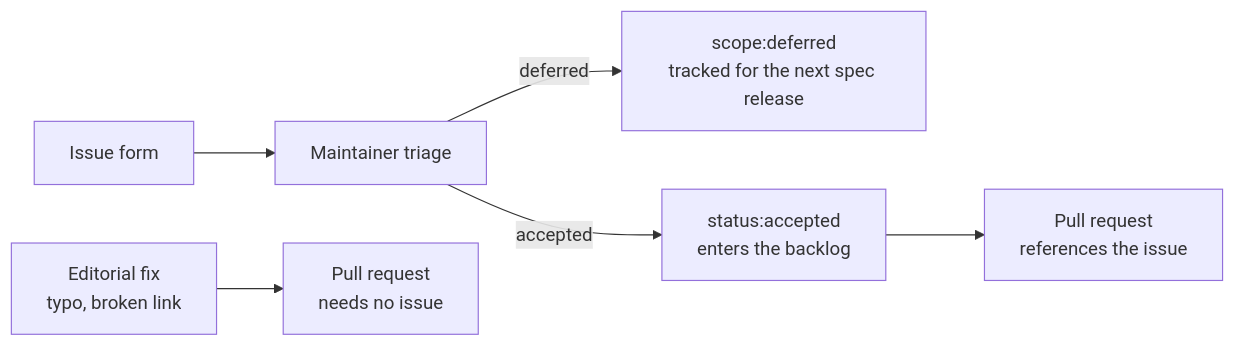
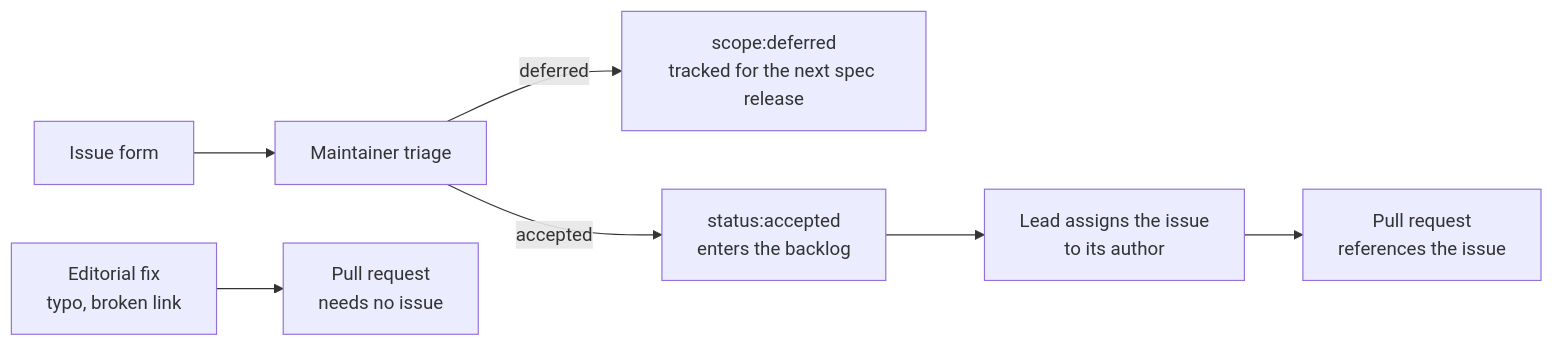
The fourth of 4 diagrams in README.md (GenAI-Security-Project/agent-control-standard), drawn with Mermaid before and after one commit. The commit also changed 3 other files, not shown here.

````diff
--- a/README.md
+++ b/README.md
@@ -351,8 +351,9 @@
 ```mermaid
 flowchart LR
     F["Issue form"] --> T["Maintainer triage"]
     T -->|"deferred"| D["scope:deferred<br/>tracked for the next spec release"]
     T -->|"accepted"| A["status:accepted<br/>enters the backlog"]
-    A --> P["Pull request<br/>references the issue"]
+    A --> AS["Lead assigns the issue<br/>to its author"]
+    AS --> P["Pull request<br/>references the issue"]
     E["Editorial fix<br/>typo, broken link"] --> P2["Pull request<br/>needs no issue"]
 ```
````
